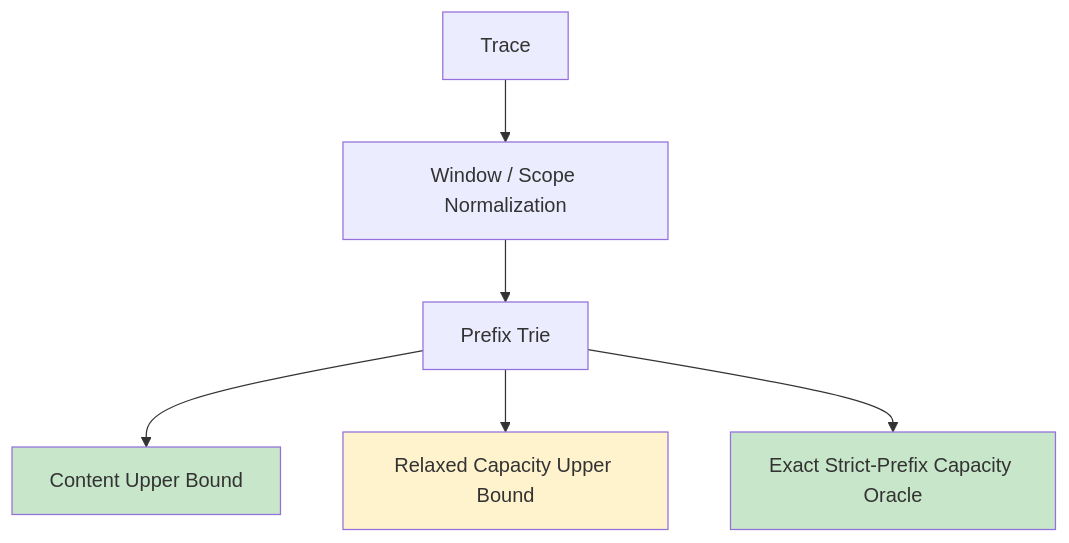
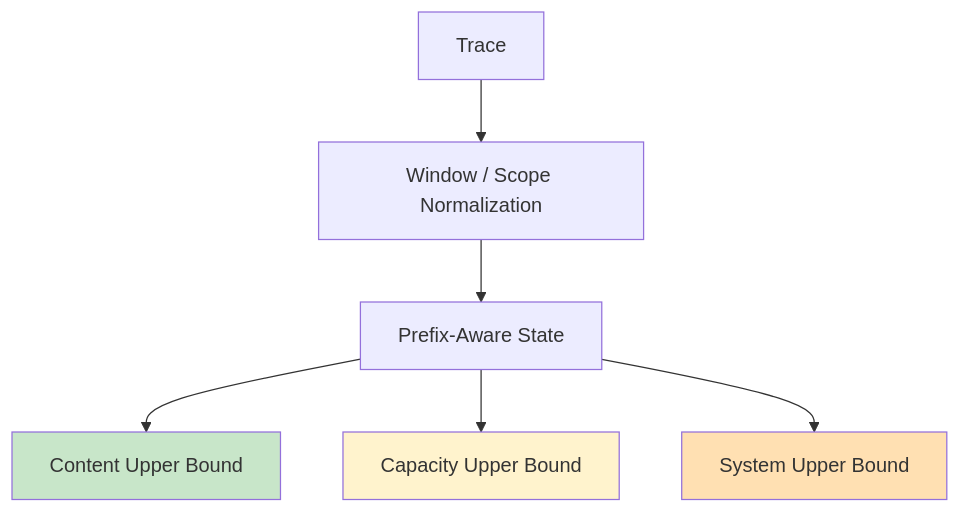
Before and after one commit to openanolis/kvcache-calculator: the second of 6 diagrams in docs/four_layer_model.md, drawn with Mermaid. The commit also changed other lines of this file and 1 other file, not shown here.

````diff
--- a/docs/four_layer_model.md
+++ b/docs/four_layer_model.md
@@ -83,12 +92,12 @@
 ```mermaid
 graph TB
     A["Trace"] --> B["Window / Scope Normalization"]
-    B --> C["Prefix Trie"]
+    B --> C["Prefix-Aware State"]
     C --> D["Content Upper Bound"]
-    C --> E["Relaxed Capacity Upper Bound"]
-    C --> F["Exact Strict-Prefix Capacity Oracle"]
+    C --> E["Capacity Upper Bound"]
+    C --> F["System Upper Bound"]
 
     style D fill:#c8e6c9
     style E fill:#fff3cd
-    style F fill:#c8e6c9
+    style F fill:#ffe0b2
 ```
````
